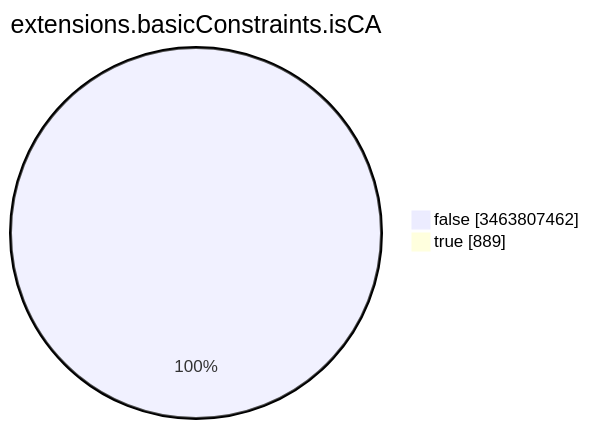
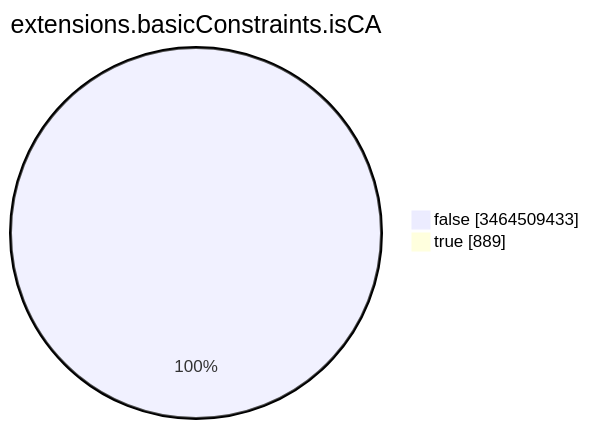
The seventh of 15 diagrams in TOTAL/README.md (christiankrug/ctmonitor_visualization), drawn with Mermaid before and after one commit. The commit also changed other lines of this file, not shown here.

````diff
--- a/TOTAL/README.md
+++ b/TOTAL/README.md
@@ -3093,6 +3093,6 @@
 ```mermaid
 pie showData
 title extensions.basicConstraints.isCA
-"false" :3463807462
+"false" :3464509433
 "true" :889
 ```
````
